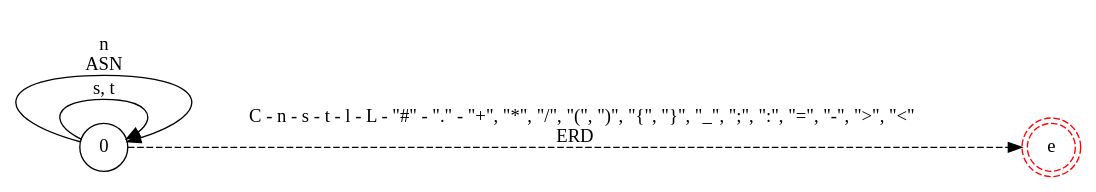
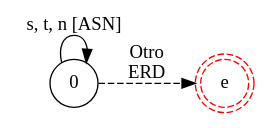
The diagram in resources/diagrams/errors/discard.dot (iroumec/RouVel-Compiler), drawn with Graphviz before and after one commit. The commit also changed 12 other files, not shown here.

Commit message:
Graphs Improved

```diff
--- a/resources/diagrams/errors/discard.dot
+++ b/resources/diagrams/errors/discard.dot
@@ -1,9 +1,8 @@
 digraph DFA {
     rankdir = LR;
     node [shape = circle;];
     e [shape = doublecircle;style = dashed;color = red;];
     
-    0 -> 0 [label = "s, t";];
-    0 -> 0 [label = "n \n ASN";];
-    0 -> e [label = "    C - n - s - t - l - L - \"#\" - \".\" - \"+\", \"*\", \"/\", \"(\", \")\", \"{\", \"}\", \"_\", \";\", \":\", \"=\", \"-\", \">\", \"<\" \n ERD"; style = dashed;];
+    0 -> 0 [label = "s, t, n [ASN]";];
+    0 -> e [label = "Otro \n ERD"; style = dashed;];
 }
```
